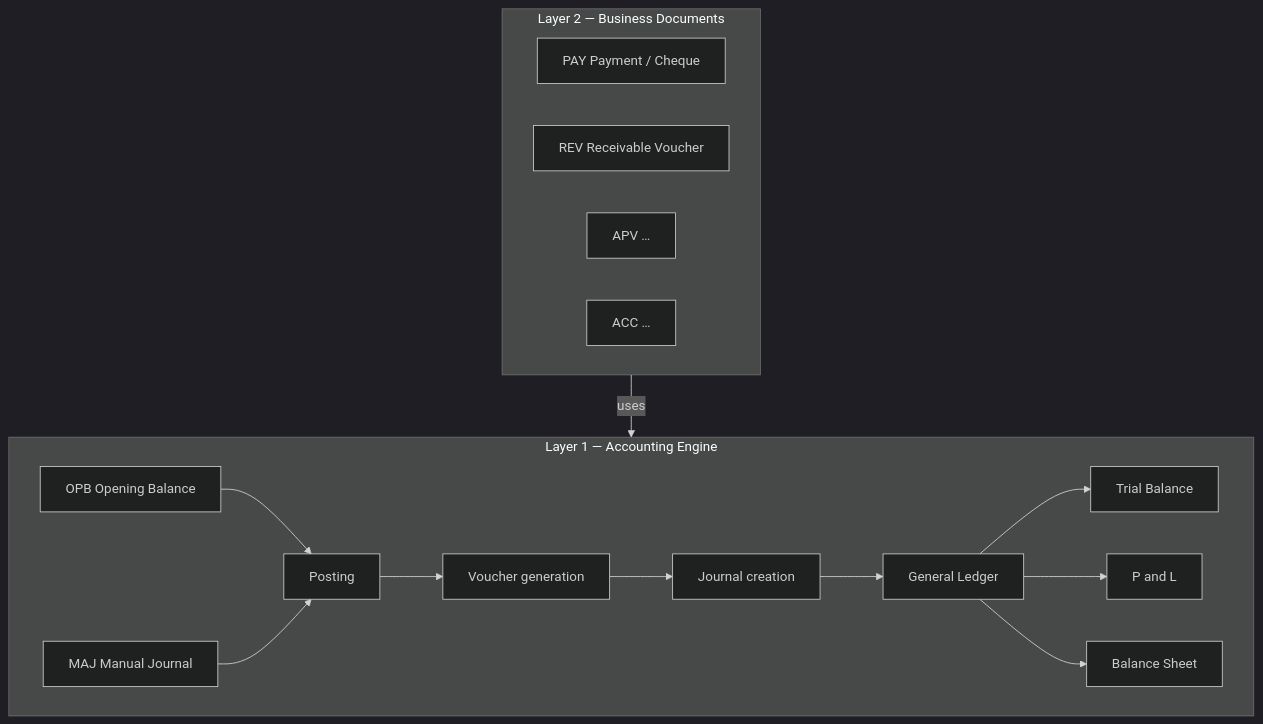
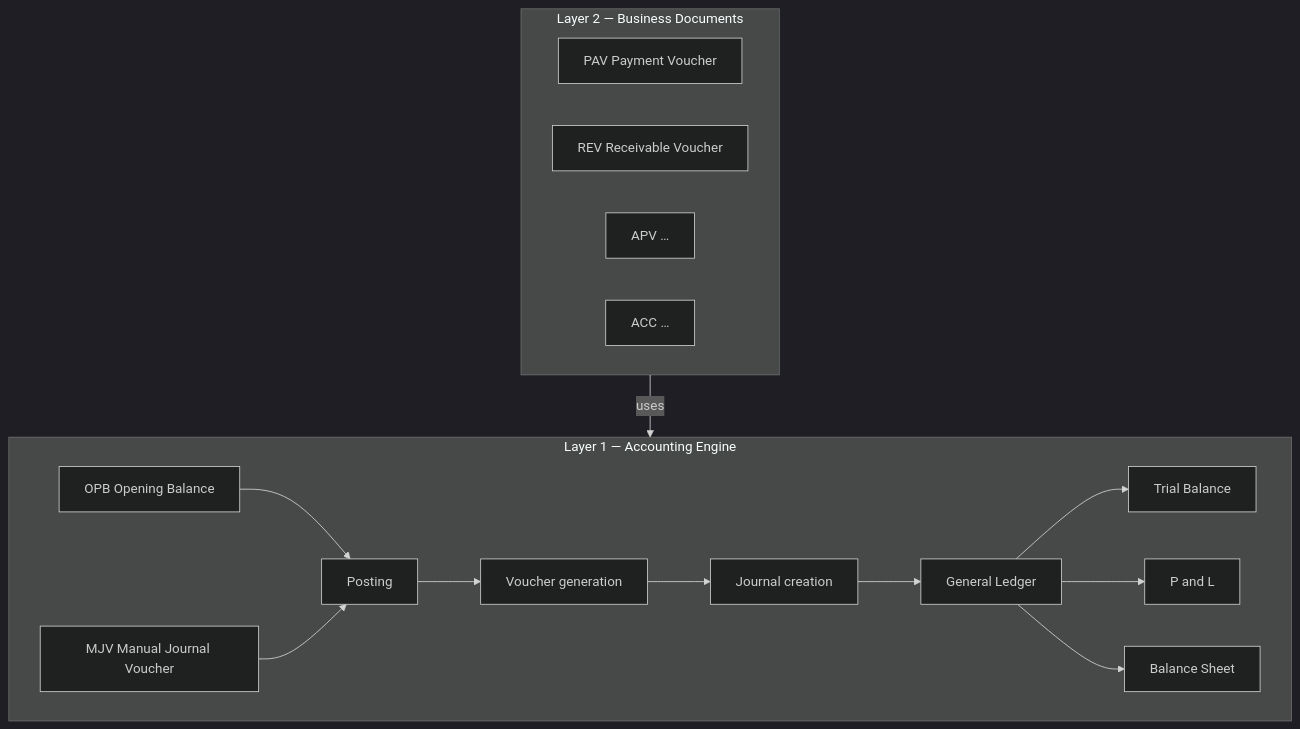
The first of 3 diagrams in docs/FINANCE_TRANSACTION_UNIVERSE.md (thkiti/asa-con-v0), drawn with Mermaid (dark theme) before and after one commit. The commit also changed other lines of this file and 166 other files, not shown here.

Commit message:
Finance: add voucher flows and standardize entry UX

````diff
--- a/docs/FINANCE_TRANSACTION_UNIVERSE.md
+++ b/docs/FINANCE_TRANSACTION_UNIVERSE.md
@@ -33,29 +33,29 @@
 ```mermaid
 flowchart TB
   subgraph layer2 [Layer 2 — Business Documents]
-    PAY[PAY Payment / Cheque]
+    PAV[PAV Payment Voucher]
     REV[REV Receivable Voucher]
     APV[APV …]
     ACC[ACC …]
   end
 
   subgraph layer1 [Layer 1 — Accounting Engine]
     OPB[OPB Opening Balance]
-    MAJ[MAJ Manual Journal]
+    MJV[MJV Manual Journal Voucher]
     Post[Posting]
     Voucher[Voucher generation]
     Journal[Journal creation]
     GL[General Ledger]
     TB[Trial Balance]
     PL[P and L]
     BS[Balance Sheet]
   end
 
   layer2 -->|"uses"| layer1
   OPB --> Post
-  MAJ --> Post
+  MJV --> Post
   Post --> Voucher --> Journal --> GL
   GL --> TB
   GL --> PL
   GL --> BS
 ```
````
